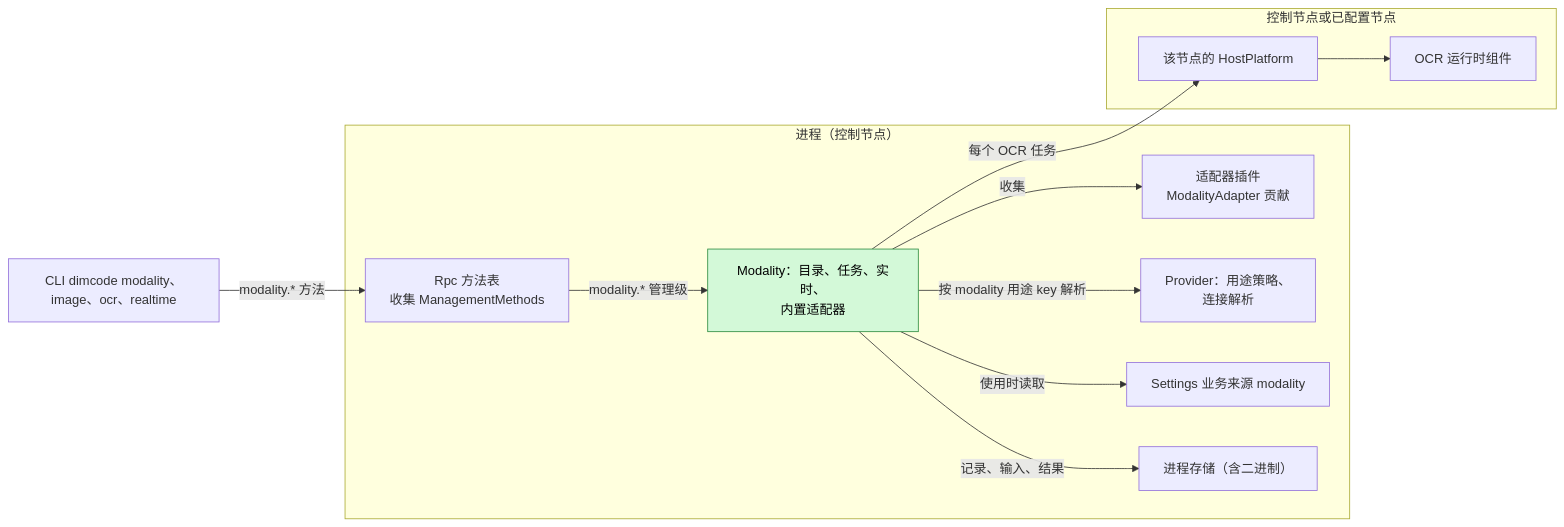
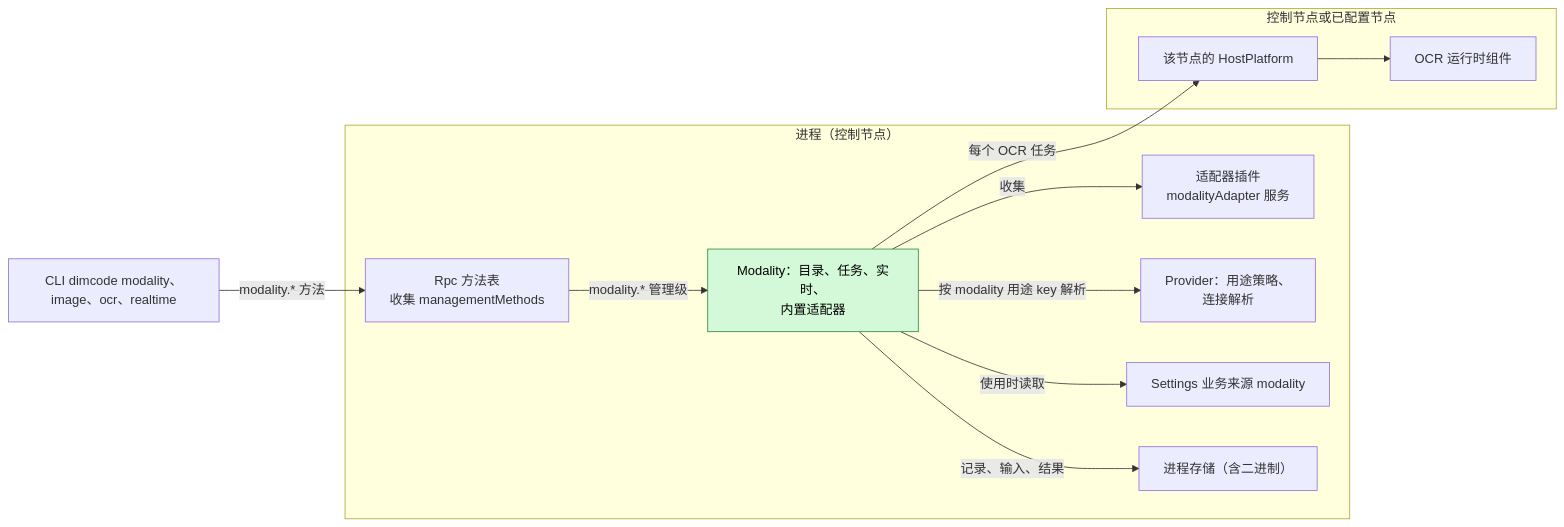
Before and after one commit to CoutinhoTTS/dim-agent: the first of 6 diagrams in docs/zh/design/plugins/Modality.md, drawn with Mermaid. The commit also changed other lines of this file and 18 other files, not shown here.

````diff
--- a/docs/zh/design/plugins/Modality.md
+++ b/docs/zh/design/plugins/Modality.md
@@ -9,25 +9,25 @@
 ```mermaid
 flowchart LR
   subgraph PROC["进程（控制节点）"]
     Mod["Modality：目录、任务、实时、<br/>内置适配器"]:::new
-    AdPlug["适配器插件<br/>ModalityAdapter 贡献"]
-    Rpc["Rpc 方法表<br/>收集 ManagementMethods"]
+    AdPlug["适配器插件<br/>modalityAdapter 服务"]
+    Rpc["Rpc 方法表<br/>收集 managementMethods"]
     Prov["Provider：用途策略、<br/>连接解析"]
     Set["Settings 业务来源 modality"]
     Store["进程存储（含二进制）"]
   end
   subgraph NODE["控制节点或已配置节点"]
     HP["该节点的 HostPlatform"]
     OCR["OCR 运行时组件"]
   end
   CLI["CLI dimcode modality、image、ocr、realtime"]
   Mod -->|"收集"| AdPlug
   Mod -->|"每个 OCR 任务"| HP
   HP --> OCR
   Mod -->|"按 modality 用途 key 解析"| Prov
   Mod -->|"记录、输入、结果"| Store
   Mod -->|"使用时读取"| Set
   Rpc -->|"modality.* 管理级"| Mod
   CLI -->|"modality.* 方法"| Rpc
   classDef new fill:#d3f9d8,stroke:#2b8a3e,color:#000
 ```
````
